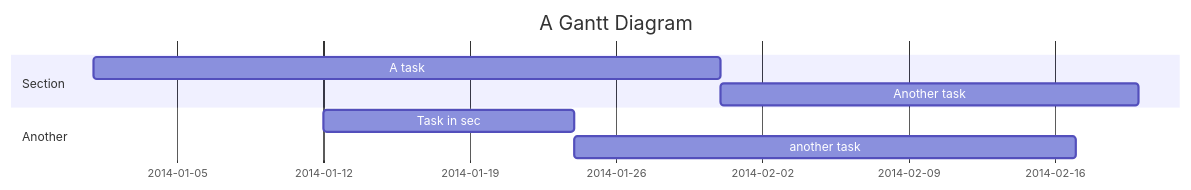
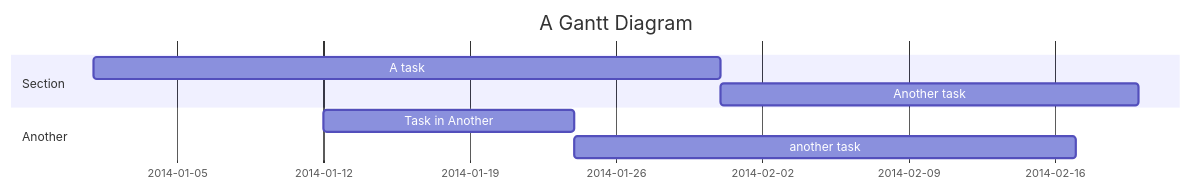
One commit to mermaid-js/mermaid changed the second of 2 diagrams in packages/mermaid/src/docs/syntax/gantt.md. Above: the diagram before and after it, drawn with Mermaid. The commit also changed other lines of this file, not shown here.

````diff
--- a/packages/mermaid/src/docs/syntax/gantt.md
+++ b/packages/mermaid/src/docs/syntax/gantt.md
@@ -214,13 +214,12 @@
 ```mermaid
 gantt
     title A Gantt Diagram
-    %% this is a comment
-    dateFormat  YYYY-MM-DD
+    %% This is a comment
+    dateFormat YYYY-MM-DD
     section Section
-    A task           :a1, 2014-01-01, 30d
-    Another task     :after a1  , 20d
+        A task          :a1, 2014-01-01, 30d
+        Another task    :after a1, 20d
     section Another
-    Task in sec      :2014-01-12  , 12d
-    another task      : 24d
-
+        Task in Another :2014-01-12, 12d
+        another task    :24d
 ```
````
